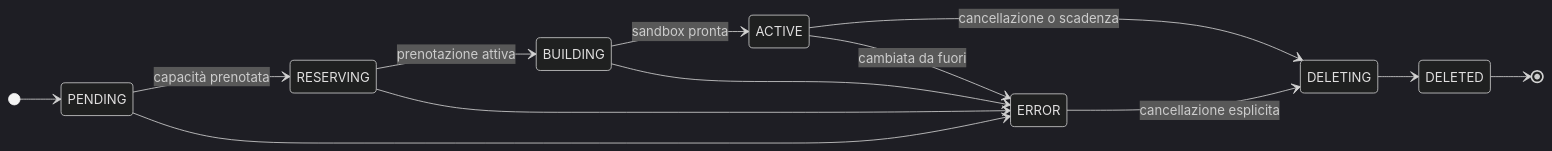
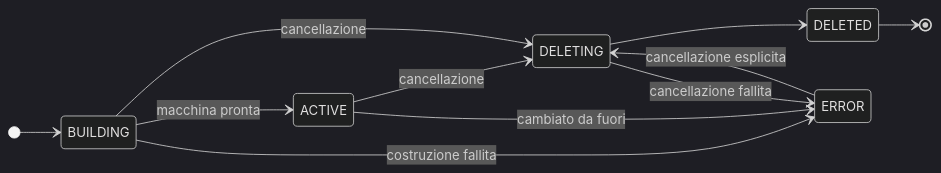
Before and after one commit to taekwondodev/orbit: the third of 3 diagrams in README.md, drawn with Mermaid (dark theme). The commit also changed other lines of this file and 12 other files, not shown here.

````diff
--- a/README.md
+++ b/README.md
@@ -126,17 +113,15 @@
 ```mermaid
 stateDiagram-v2
     direction LR
-    [*] --> PENDING
-    PENDING --> RESERVING: capacità prenotata
-    RESERVING --> BUILDING: prenotazione attiva
-    BUILDING --> ACTIVE: sandbox pronta
-    ACTIVE --> DELETING: cancellazione o scadenza
+    [*] --> BUILDING
+    BUILDING --> ACTIVE: macchina pronta
+    ACTIVE --> DELETING: cancellazione
+    BUILDING --> DELETING: cancellazione
     DELETING --> DELETED
     DELETED --> [*]
 
-    PENDING --> ERROR
-    RESERVING --> ERROR
-    BUILDING --> ERROR
-    ACTIVE --> ERROR: cambiata da fuori
+    BUILDING --> ERROR: costruzione fallita
+    ACTIVE --> ERROR: cambiato da fuori
+    DELETING --> ERROR: cancellazione fallita
     ERROR --> DELETING: cancellazione esplicita
 ```
````
